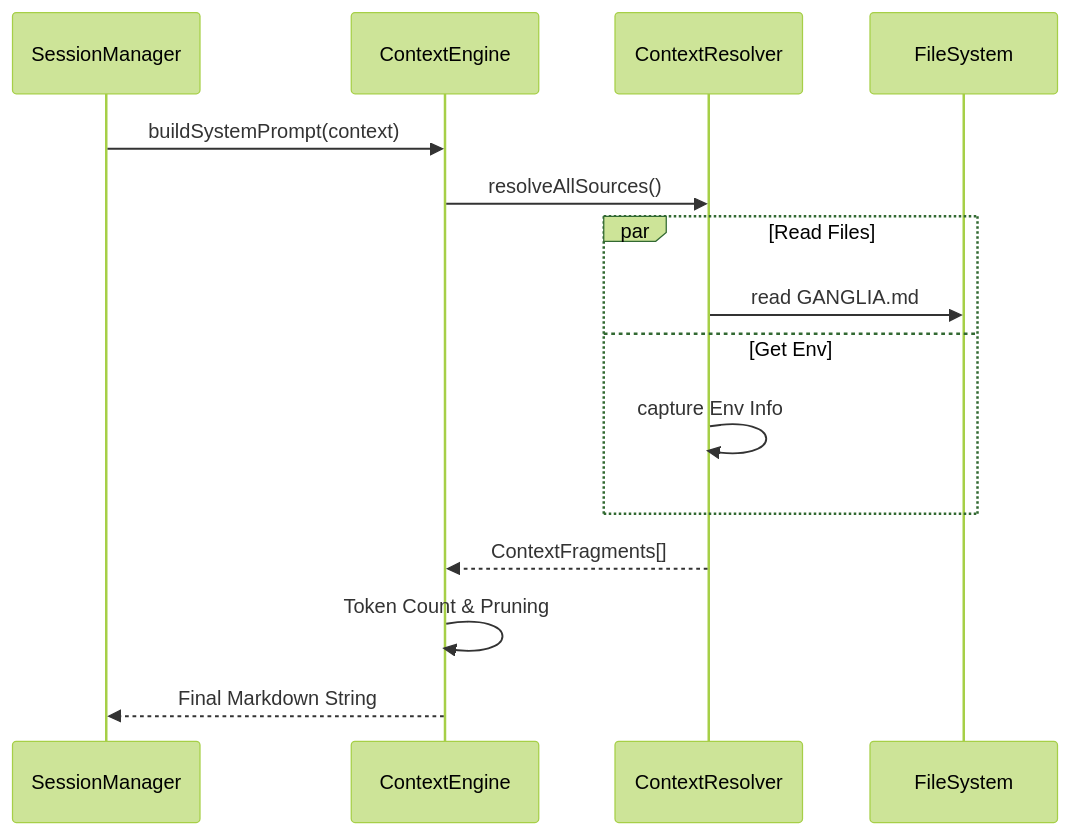
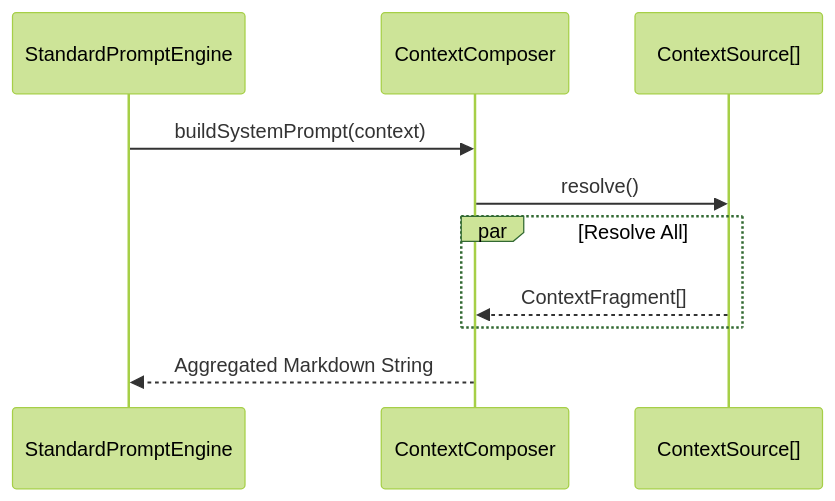
Before and after one commit to stream-iori/ganglia: the diagram in docs/CONTEXT_ENGINE_DESIGN.md, drawn with Mermaid (forest theme). The commit also changed other lines of this file and 48 other files, not shown here.

````diff
--- a/docs/CONTEXT_ENGINE_DESIGN.md
+++ b/docs/CONTEXT_ENGINE_DESIGN.md
@@ -58,18 +52,13 @@
 ```mermaid
 sequenceDiagram
-    participant SM as SessionManager
-    participant Engine as ContextEngine
-    participant Res as ContextResolver
-    participant FS as FileSystem
+    participant PE as StandardPromptEngine
+    participant CC as ContextComposer
+    participant CS as ContextSource[]
 
-    SM->>Engine: buildSystemPrompt(context)
-    Engine->>Res: resolveAllSources()
-    par Read Files
-        Res->>FS: read GANGLIA.md
-    and Get Env
-        Res->>Res: capture Env Info
+    PE->>CC: buildSystemPrompt(context)
+    CC->>CS: resolve()
+    par Resolve All
+        CS-->>CC: ContextFragment[]
     end
-    Res-->>Engine: ContextFragments[]
-    Engine->>Engine: Token Count & Pruning
-    Engine-->>SM: Final Markdown String
+    CC-->>PE: Aggregated Markdown String
 ```
````
